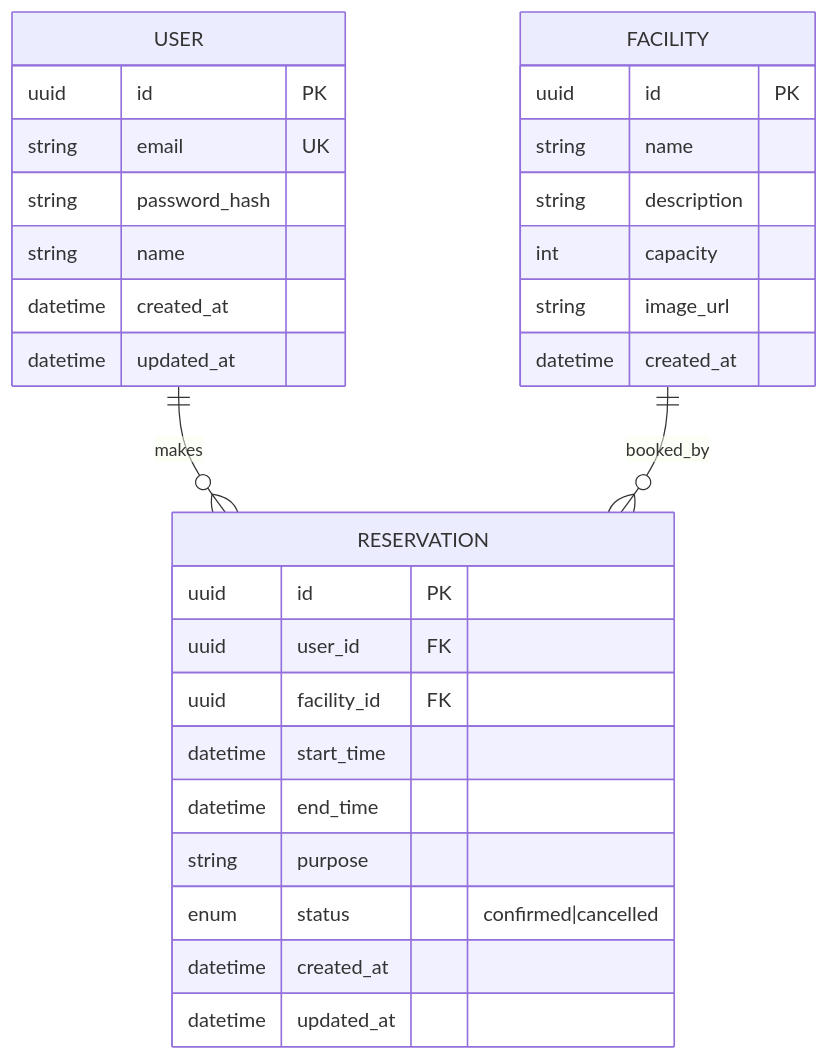
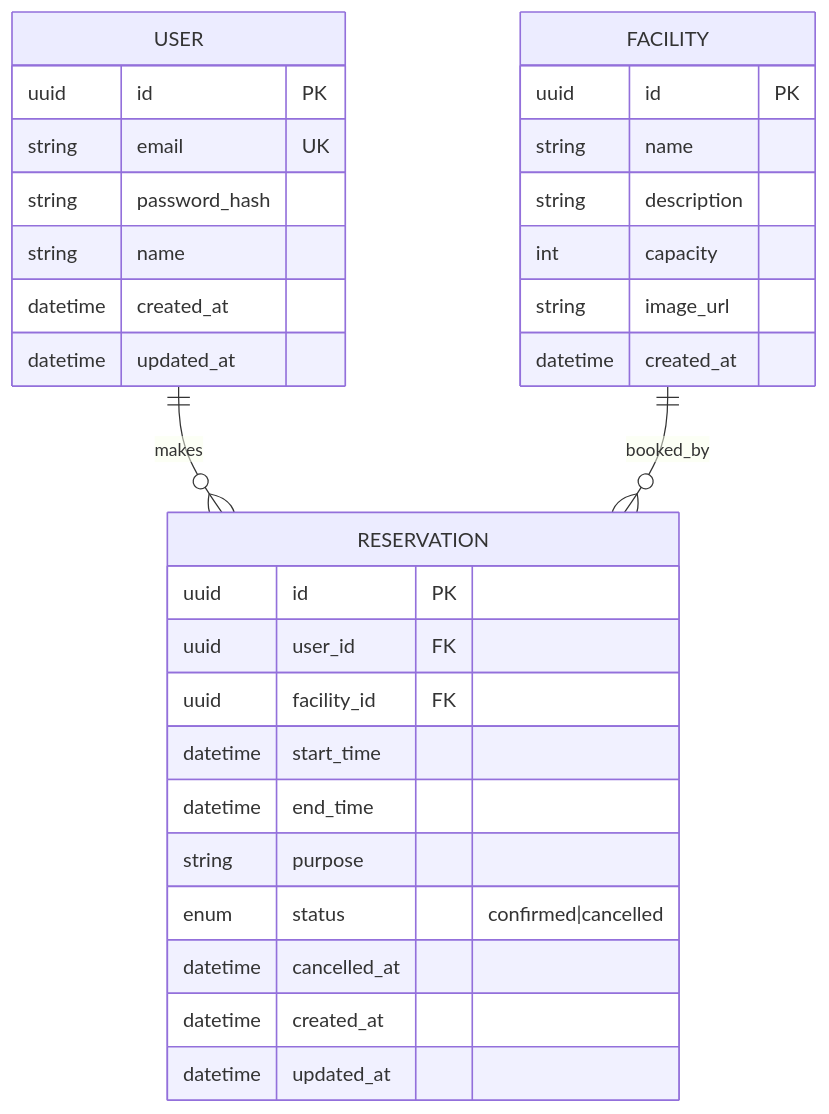
The diagram in src/content/cases/01-simple-reservation/er-diagram.mdx (nomuman/design-dojo), drawn with Mermaid before and after one commit. The commit also changed other lines of this file and 6 other files, not shown here.

````diff
--- a/src/content/cases/01-simple-reservation/er-diagram.mdx
+++ b/src/content/cases/01-simple-reservation/er-diagram.mdx
@@ -7,35 +7,36 @@
 ```mermaid
 erDiagram
     USER ||--o{ RESERVATION : makes
     FACILITY ||--o{ RESERVATION : booked_by
     
     USER {
         uuid id PK
         string email UK
         string password_hash
         string name
         datetime created_at
         datetime updated_at
     }
     
     FACILITY {
         uuid id PK
         string name
         string description
         int capacity
         string image_url
         datetime created_at
     }
     
     RESERVATION {
         uuid id PK
         uuid user_id FK
         uuid facility_id FK
         datetime start_time
         datetime end_time
         string purpose
         enum status "confirmed|cancelled"
+        datetime cancelled_at
         datetime created_at
         datetime updated_at
     }
 ```
````
